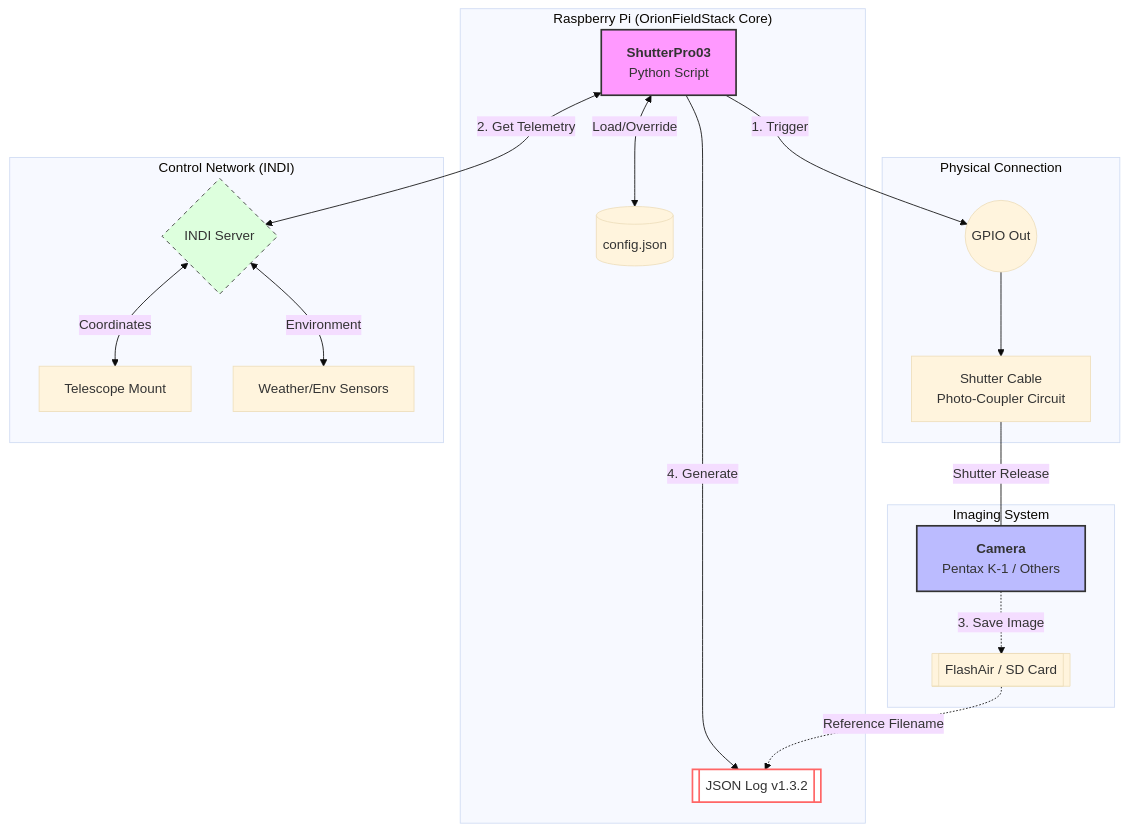
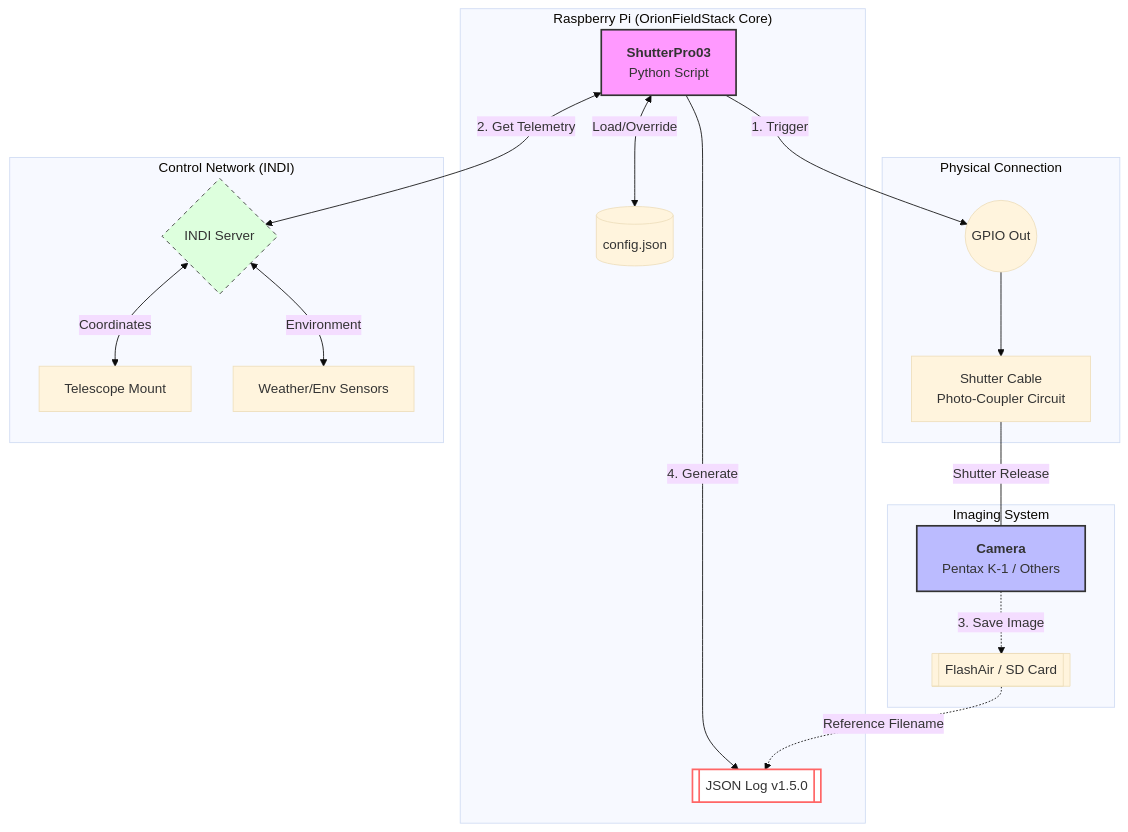
One commit to voyager3stars/OrionFieldStack changed the diagram in shutterpro03/sp03_manual.md. Above: the diagram before and after it, drawn with Mermaid (base theme). The commit also changed other lines of this file and 8 other files, not shown here.

````diff
--- a/shutterpro03/sp03_manual.md
+++ b/shutterpro03/sp03_manual.md
@@ -102,46 +101,46 @@
 ```mermaid
 graph TD
     subgraph "Raspberry Pi (OrionFieldStack Core)"
         SP03[<b>ShutterPro03</b><br/>Python Script]
         CONF[(config.json)]
-        LOG[[JSON Log v1.3.2]]
+        LOG[[JSON Log v1.5.0]]
     end
 
     subgraph "Physical Connection"
         GPIO((GPIO Out))
         CABLE[Shutter Cable<br/>Photo-Coupler Circuit]
     end
 
     subgraph "Imaging System"
         K1[<b>Camera</b><br/>Pentax K-1 / Others]
         FA[[FlashAir / SD Card]]
     end
 
     subgraph "Control Network (INDI)"
         INDI_SVR{INDI Server}
         MOUNT[Telescope Mount]
         SENS[Weather/Env Sensors]
     end
 
     %% Flow of physical control
     SP03 -->|1. Trigger| GPIO
     GPIO --> CABLE
     CABLE ---|Shutter Release| K1
 
     %% Flow of data acquisition
     SP03 <-->|Load/Override| CONF
     SP03 <-->|2. Get Telemetry| INDI_SVR
     INDI_SVR <-->|Coordinates| MOUNT
     INDI_SVR <-->|Environment| SENS
 
     %% Log generation
     K1 -.->|3. Save Image| FA
     SP03 -->|4. Generate| LOG
     FA -.->|Reference Filename| LOG
 
     %% Styling
     style SP03 fill:#f9f,stroke:#333,stroke-width:2px
     style K1 fill:#bbf,stroke:#333,stroke-width:2px
     style INDI_SVR fill:#dfd,stroke:#333,stroke-dasharray: 5 5
     style LOG fill:#fff,stroke:#f66,stroke-width:2px
 ```
````
